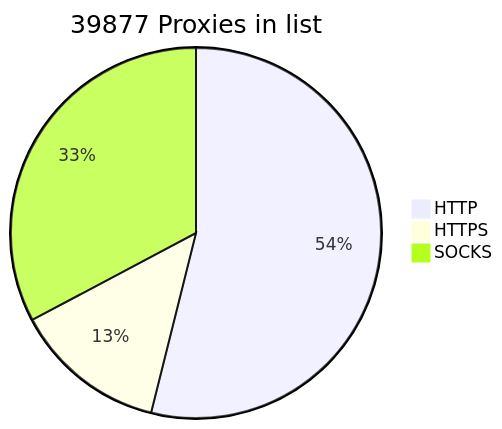
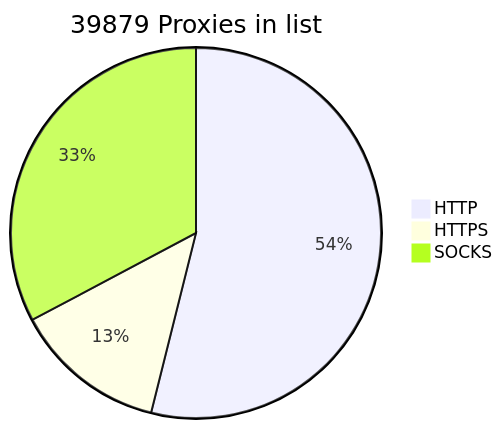
One commit to BlackSnowDot/proxylist-update-every-minute changed the diagram in README.md. Above: the diagram before and after it, drawn with Mermaid.

````diff
--- a/README.md
+++ b/README.md
@@ -2,6 +2,6 @@
 ```mermaid
-pie title 39877 Proxies in list
-    "HTTP" : 23936
+pie title 39879 Proxies in list
+    "HTTP" : 23937
     "HTTPS": 5924
-    "SOCKS" : 14549
+    "SOCKS" : 14551
 ```
````
